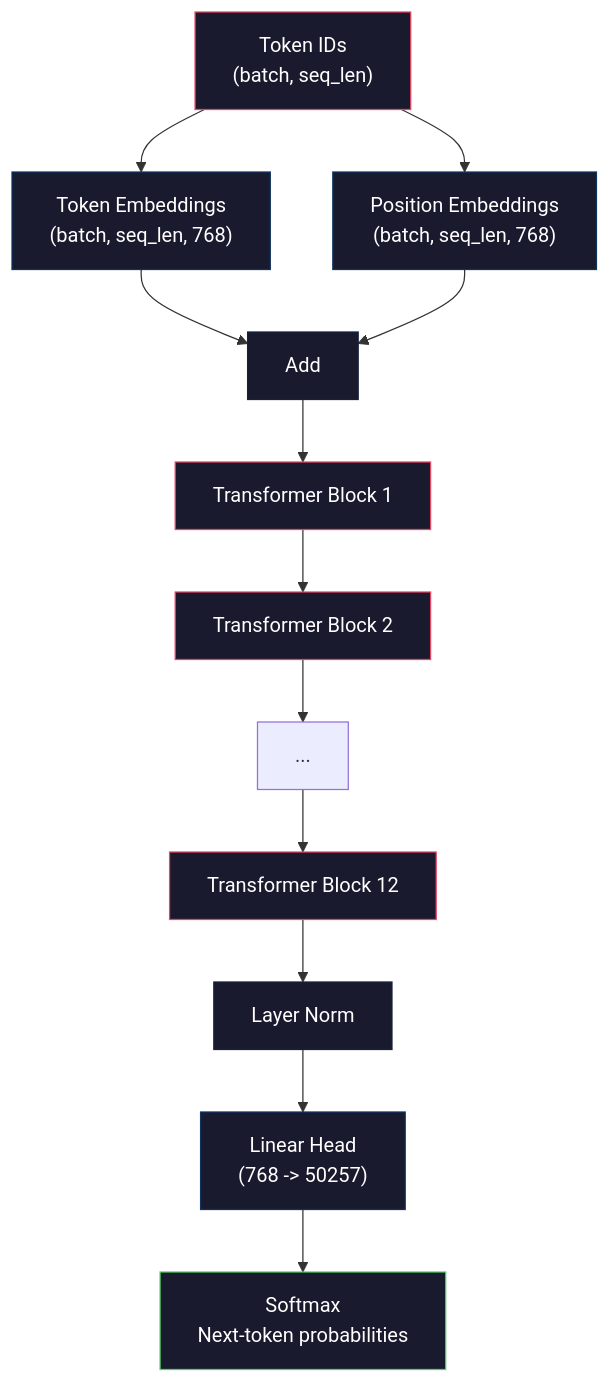
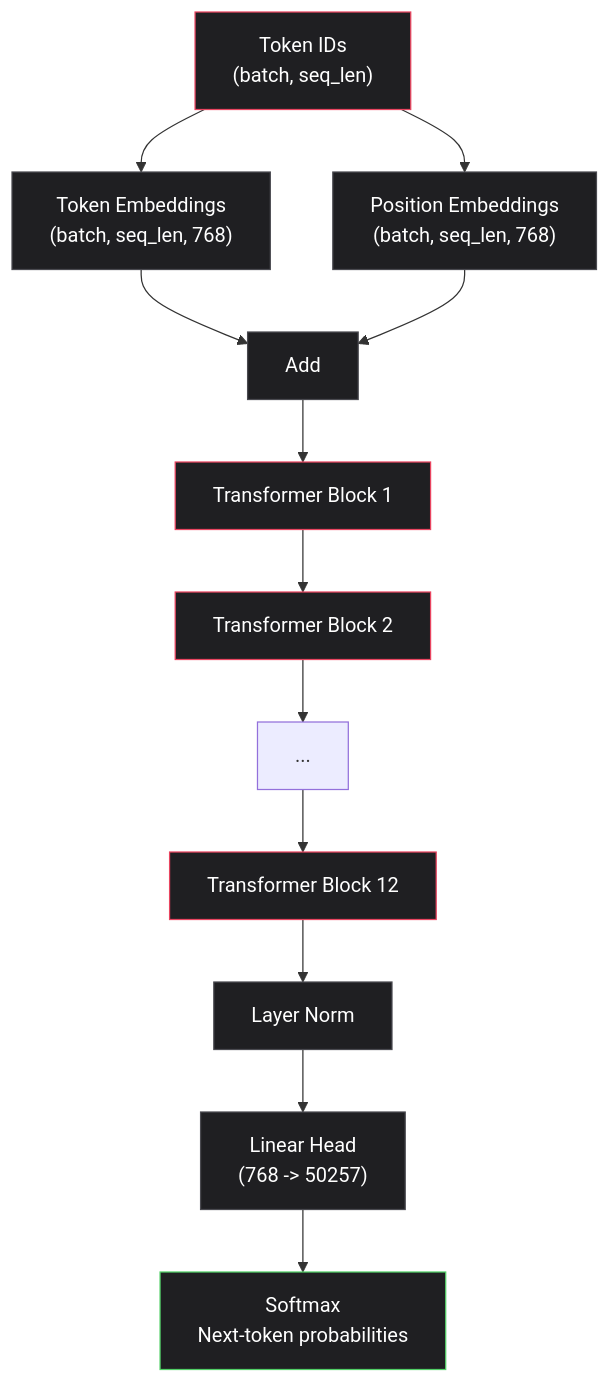
One commit to SystemaOps/ai-engineering-Systemaops changed the first of 3 diagrams in phases/10-llms-from-scratch/04-pre-training-mini-gpt/docs/en.md. Above: the diagram before and after it, drawn with Mermaid. The commit also changed other lines of this file and 28 other files, not shown here.

````diff
--- a/phases/10-llms-from-scratch/04-pre-training-mini-gpt/docs/en.md
+++ b/phases/10-llms-from-scratch/04-pre-training-mini-gpt/docs/en.md
@@ -48,25 +48,25 @@
 ```mermaid
 graph TD
     A["Token IDs\n(batch, seq_len)"] --> B["Token Embeddings\n(batch, seq_len, 768)"]
     A --> C["Position Embeddings\n(batch, seq_len, 768)"]
     B --> D["Add"]
     C --> D
     D --> E["Transformer Block 1"]
     E --> F["Transformer Block 2"]
     F --> G["..."]
     G --> H["Transformer Block 12"]
     H --> I["Layer Norm"]
     I --> J["Linear Head\n(768 -> 50257)"]
     J --> K["Softmax\nNext-token probabilities"]
 
-    style A fill:#1a1a2e,stroke:#e94560,color:#fff
-    style B fill:#1a1a2e,stroke:#0f3460,color:#fff
-    style C fill:#1a1a2e,stroke:#0f3460,color:#fff
-    style D fill:#1a1a2e,stroke:#16213e,color:#fff
-    style E fill:#1a1a2e,stroke:#e94560,color:#fff
-    style F fill:#1a1a2e,stroke:#e94560,color:#fff
-    style H fill:#1a1a2e,stroke:#e94560,color:#fff
-    style I fill:#1a1a2e,stroke:#16213e,color:#fff
-    style J fill:#1a1a2e,stroke:#0f3460,color:#fff
-    style K fill:#1a1a2e,stroke:#51cf66,color:#fff
+    style A fill:#1f1f22,stroke:#e94560,color:#fff
+    style B fill:#1f1f22,stroke:#4a4a50,color:#fff
+    style C fill:#1f1f22,stroke:#4a4a50,color:#fff
+    style D fill:#1f1f22,stroke:#4a4a50,color:#fff
+    style E fill:#1f1f22,stroke:#e94560,color:#fff
+    style F fill:#1f1f22,stroke:#e94560,color:#fff
+    style H fill:#1f1f22,stroke:#e94560,color:#fff
+    style I fill:#1f1f22,stroke:#4a4a50,color:#fff
+    style J fill:#1f1f22,stroke:#4a4a50,color:#fff
+    style K fill:#1f1f22,stroke:#51cf66,color:#fff
 ```
````
